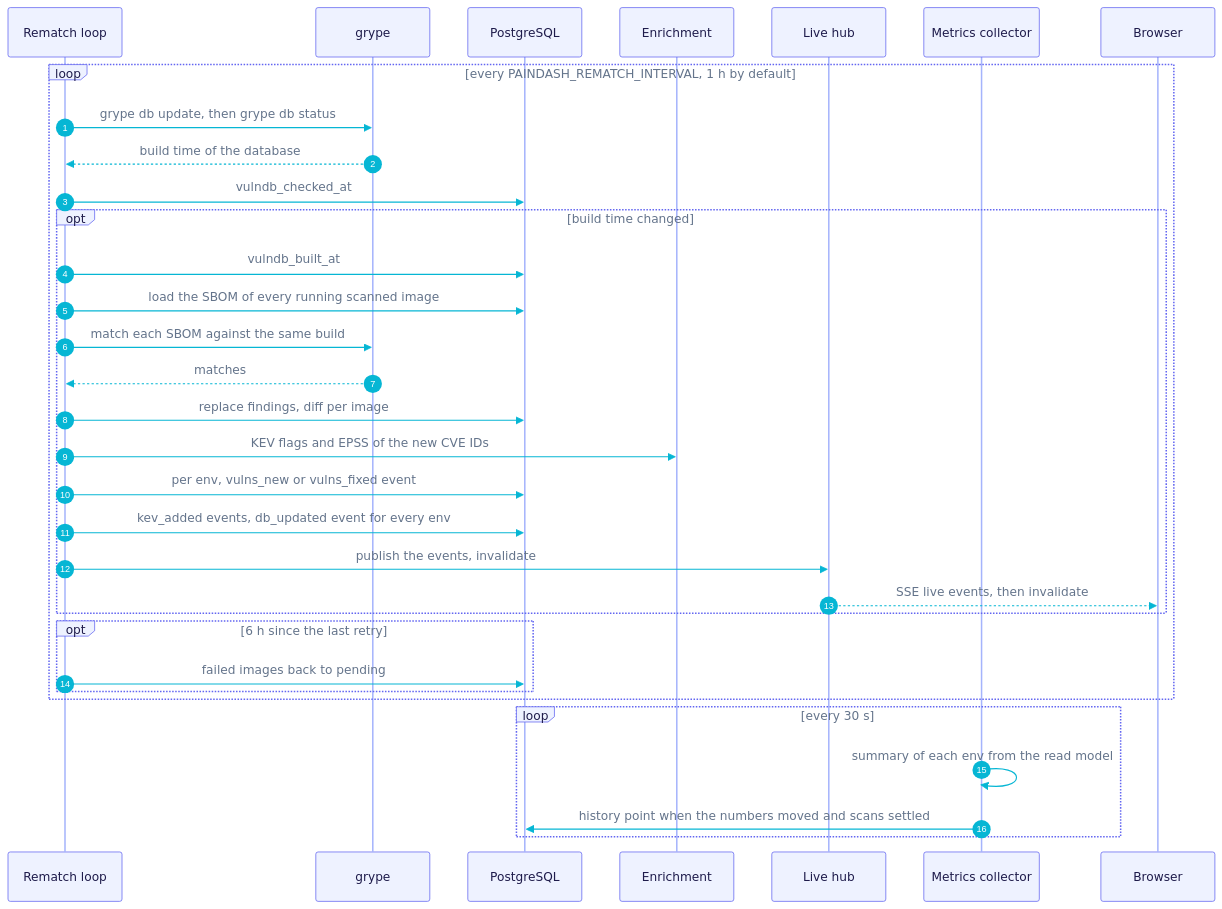
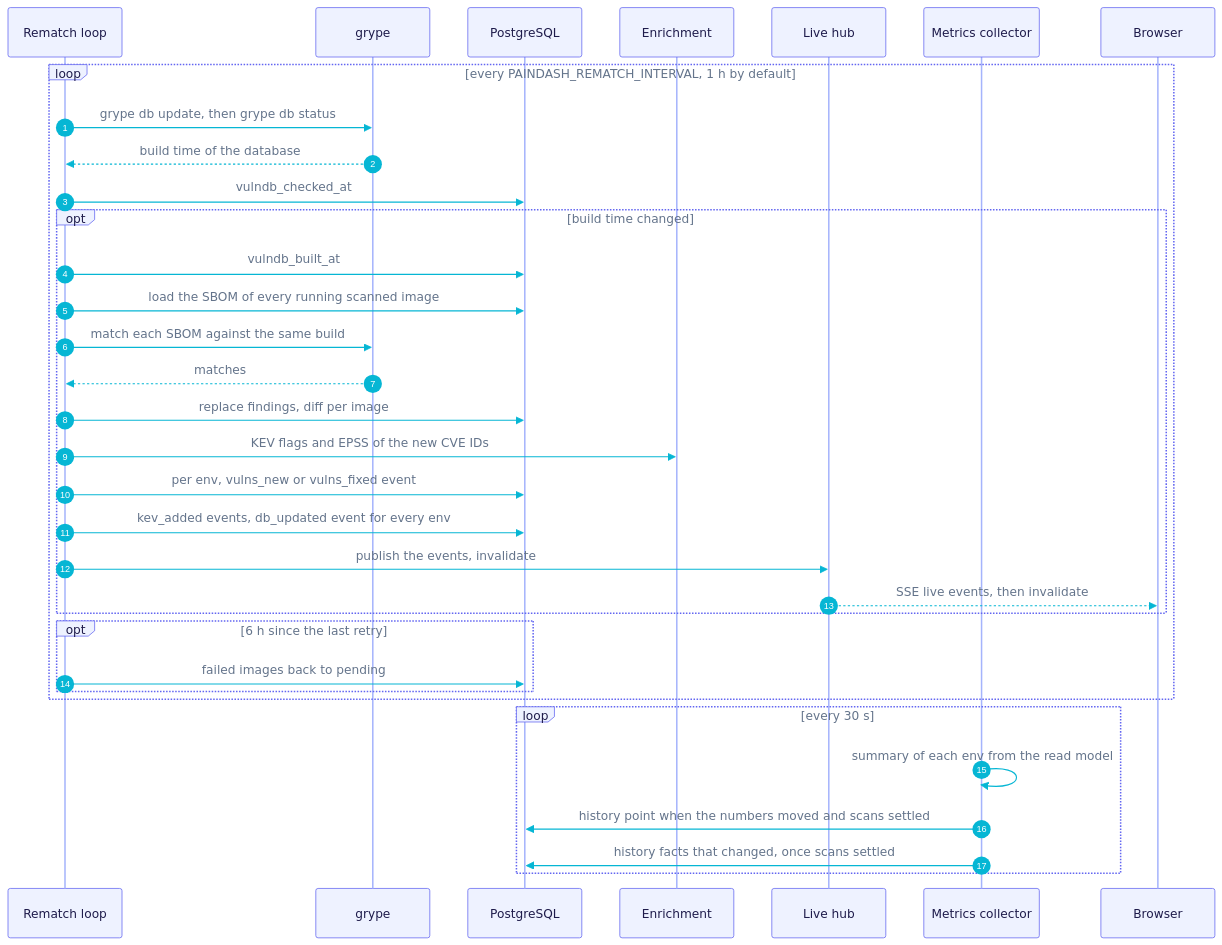
One commit to n0cl0ud/paindash changed the fourth of 6 diagrams in docs/architecture.md. Above: the diagram before and after it, drawn with Mermaid. The commit also changed other lines of this file and 16 other files, not shown here.

````diff
--- a/docs/architecture.md
+++ b/docs/architecture.md
@@ -324,37 +325,38 @@
 ```mermaid
 %%{init: {"theme": "base", "themeVariables": {"primaryColor": "#EEF2FF", "primaryBorderColor": "#6366F1", "primaryTextColor": "#1E1B4B", "secondaryColor": "#ECFEFF", "secondaryBorderColor": "#06B6D4", "tertiaryColor": "#F8FAFC", "tertiaryBorderColor": "#94A3B8", "lineColor": "#06B6D4", "edgeLabelBackground": "#FFFFFF", "clusterBkg": "#F5F3FF", "clusterBorder": "#A78BFA", "titleColor": "#7C3AED", "actorBkg": "#EEF2FF", "actorBorder": "#6366F1", "actorTextColor": "#1E1B4B", "actorLineColor": "#A5B4FC", "signalColor": "#06B6D4", "signalTextColor": "#64748B", "labelBoxBkgColor": "#EEF2FF", "labelBoxBorderColor": "#6366F1", "labelTextColor": "#1E1B4B", "loopTextColor": "#64748B", "noteBkgColor": "#FEF3C7", "noteBorderColor": "#F59E0B", "noteTextColor": "#451A03", "activationBkgColor": "#E0E7FF", "activationBorderColor": "#6366F1", "sequenceNumberColor": "#FFFFFF", "attributeBackgroundColorOdd": "#FFFFFF", "attributeBackgroundColorEven": "#F8FAFC"}}}%%
 sequenceDiagram
     autonumber
     participant W as Rematch loop
     participant G as grype
     participant DB as PostgreSQL
     participant E as Enrichment
     participant H as Live hub
     participant M as Metrics collector
     participant B as Browser
 
     loop every PAINDASH_REMATCH_INTERVAL, 1 h by default
         W->>G: grype db update, then grype db status
         G-->>W: build time of the database
         W->>DB: vulndb_checked_at
         opt build time changed
             W->>DB: vulndb_built_at
             W->>DB: load the SBOM of every running scanned image
             W->>G: match each SBOM against the same build
             G-->>W: matches
             W->>DB: replace findings, diff per image
             W->>E: KEV flags and EPSS of the new CVE IDs
             W->>DB: per env, vulns_new or vulns_fixed event
             W->>DB: kev_added events, db_updated event for every env
             W->>H: publish the events, invalidate
             H-->>B: SSE live events, then invalidate
         end
         opt 6 h since the last retry
             W->>DB: failed images back to pending
         end
     end
     loop every 30 s
         M->>M: summary of each env from the read model
         M->>DB: history point when the numbers moved and scans settled
+        M->>DB: history facts that changed, once scans settled
     end
 ```
````
